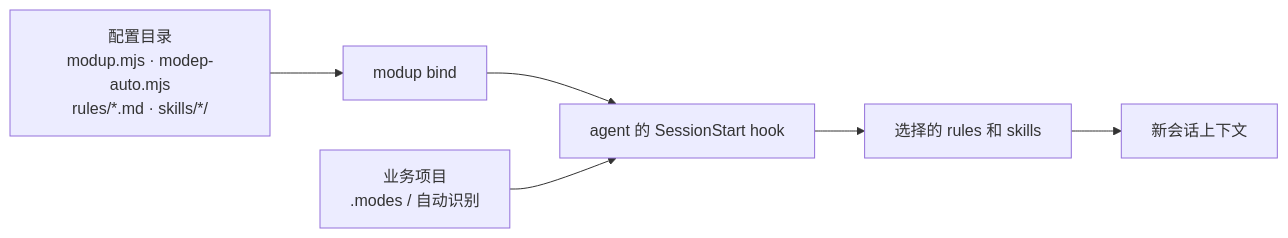
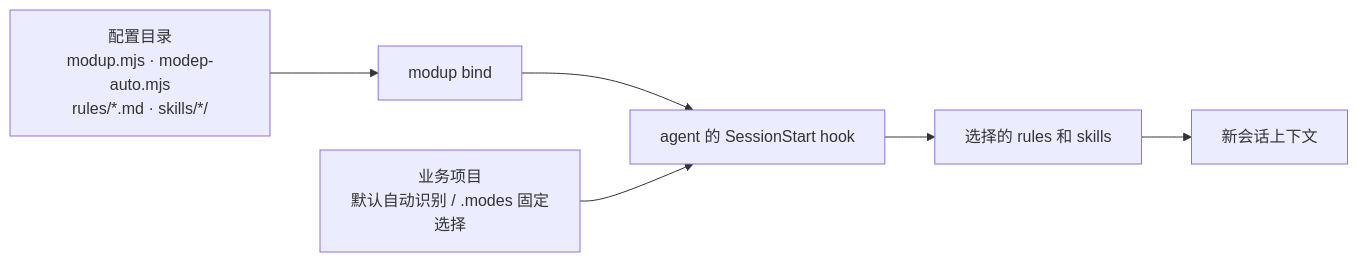
The diagram in README.md (guxi11/modeck), drawn with Mermaid before and after one commit. The commit also changed other lines of this file, not shown here.

````diff
--- a/README.md
+++ b/README.md
@@ -76,8 +76,8 @@
 ```mermaid
 flowchart LR
   Config["配置目录<br/>modup.mjs · modep-auto.mjs<br/>rules/*.md · skills/*/"] --> Bind["modup bind"]
   Bind --> Hook["agent 的 SessionStart hook"]
-  Project["业务项目<br/>.modes / 自动识别"] --> Hook
+  Project["业务项目<br/>默认自动识别 / .modes 固定选择"] --> Hook
   Hook --> Context["选择的 rules 和 skills"]
   Context --> Session["新会话上下文"]
 ```
````
